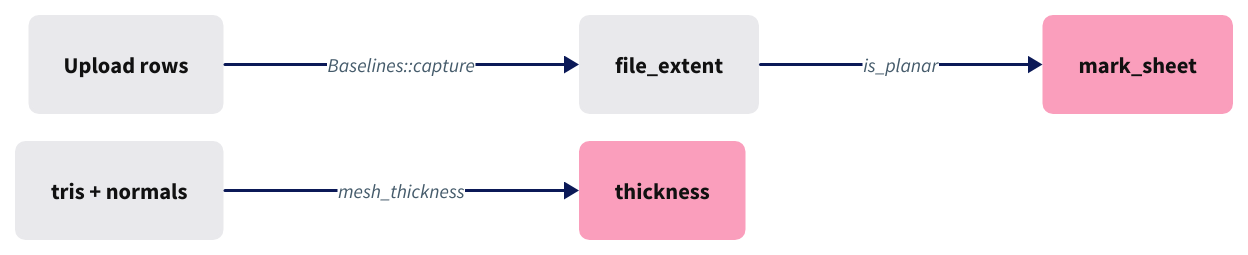
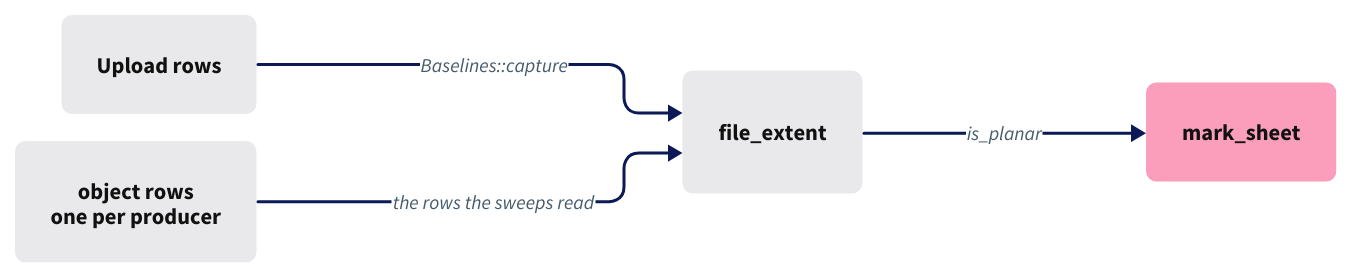
The diagram in session_viewer/docs/diagrams/06-05.d2 (petrasvestartas/session), drawn with D2 before and after one commit. The commit also changed 52 other files, not shown here.

```diff
--- a/session_viewer/docs/diagrams/06-05.d2
+++ b/session_viewer/docs/diagrams/06-05.d2
@@ -1,17 +1,16 @@
 vars: { d2-config: { layout-engine: elk; pad: 20; theme-id: 0 } }
 style: { fill: "#ffffff" }
 classes: {
   box:   { style: { fill: "#e9e9ec"; stroke: "#e9e9ec"; border-radius: 6; font-size: 15; font-color: "#111111" } }
   focus: { style: { fill: "#fa9ebc"; stroke: "#fa9ebc"; border-radius: 6; font-size: 15; font-color: "#111111" } }
 }
 direction: right
 
 U: "Upload rows" { class: box }
 B: "file_extent" { class: box }
 S: "mark_sheet" { class: focus }
-T: "tris + normals" { class: box }
-K: "thickness" { class: focus }
+T: "object rows\none per producer" { class: box }
 
 U -> B: "Baselines::capture" { style: { stroke: "#0b1957"; stroke-width: 2; font-size: 13; font-color: "#455b6b" } }
 B -> S: "is_planar" { style: { stroke: "#0b1957"; stroke-width: 2; font-size: 13; font-color: "#455b6b" } }
-T -> K: "mesh_thickness" { style: { stroke: "#0b1957"; stroke-width: 2; font-size: 13; font-color: "#455b6b" } }
+T -> B: "the rows the sweeps read" { style: { stroke: "#0b1957"; stroke-width: 2; font-size: 13; font-color: "#455b6b" } }
```
